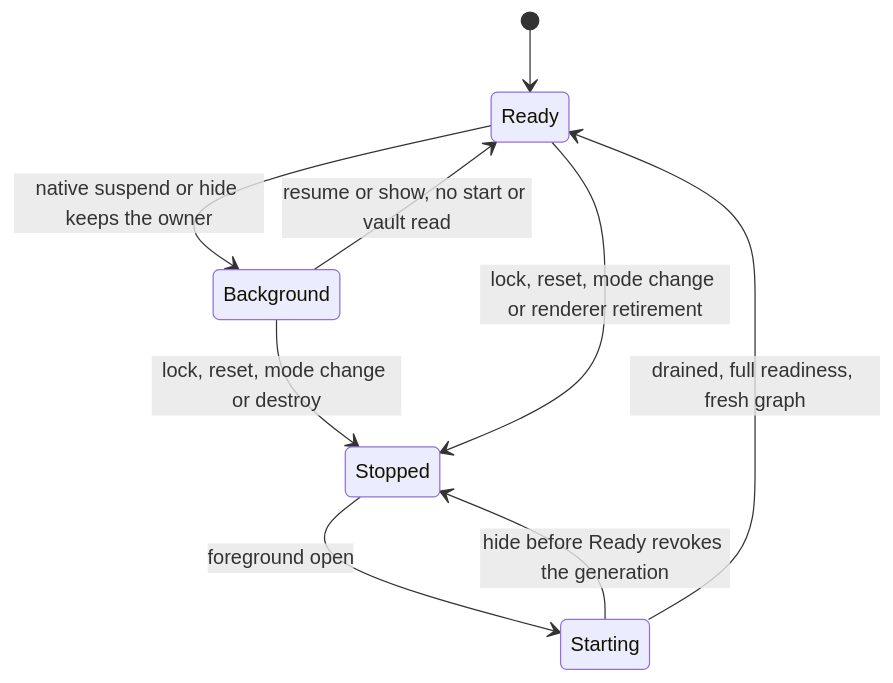
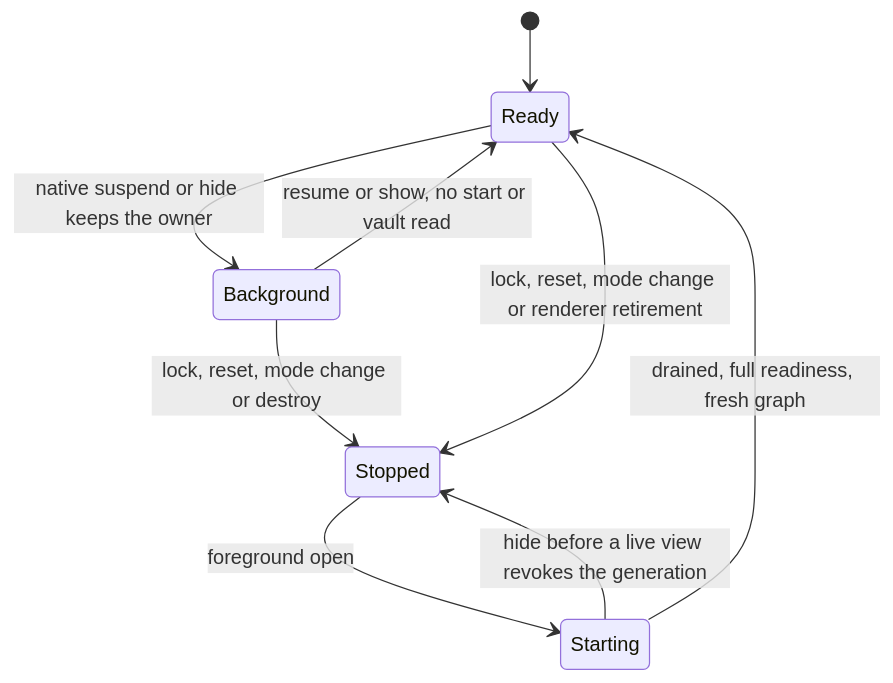
Before and after one commit to arkade-os/shielded: diagram 14 of 14 in spec/tla/README.md, drawn with Mermaid. The commit also changed other lines of this file and 8 other files, not shown here.

````diff
--- a/spec/tla/README.md
+++ b/spec/tla/README.md
@@ -657,11 +657,11 @@
 ```mermaid
 stateDiagram-v2
     [*] --> Ready
     Ready --> Background: native suspend or hide keeps the owner
     Background --> Ready: resume or show, no start or vault read
     Background --> Stopped: lock, reset, mode change or destroy
     Ready --> Stopped: lock, reset, mode change or renderer retirement
-    Starting --> Stopped: hide before Ready revokes the generation
+    Starting --> Stopped: hide before a live view revokes the generation
     Stopped --> Starting: foreground open
     Starting --> Ready: drained, full readiness, fresh graph
 ```
````
